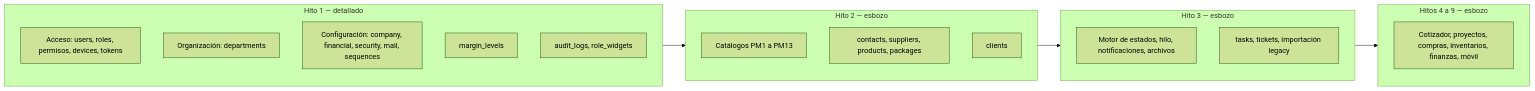
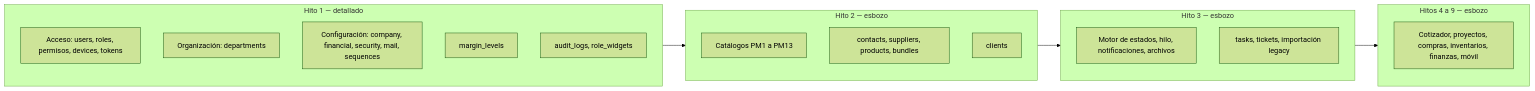
The diagram in docs/arquitectura/erd/README.md (rudypalacios/soltec), drawn with Mermaid (forest theme) before and after one commit. The commit also changed 1 other file, not shown here.

Commit message:
ERD: paquetes se llaman bundles, como fija el glosario
Claude-Session: https://claude.ai/code/session_018r8ebiEPFF9aFsrgLovNZJ

````diff
--- a/docs/arquitectura/erd/README.md
+++ b/docs/arquitectura/erd/README.md
@@ -52,23 +52,23 @@
 ```mermaid
 flowchart LR
     subgraph H1[Hito 1 — detallado]
         A[Acceso: users, roles, permisos, devices, tokens]
         O[Organización: departments]
         C[Configuración: company, financial, security, mail, sequences]
         M[margin_levels]
         U[audit_logs, role_widgets]
     end
     subgraph H2[Hito 2 — esbozo]
         K[Catálogos PM1 a PM13]
-        P[contacts, suppliers, products, packages]
+        P[contacts, suppliers, products, bundles]
         L[clients]
     end
     subgraph H3[Hito 3 — esbozo]
         S[Motor de estados, hilo, notificaciones, archivos]
         T[tasks, tickets, importación legacy]
     end
     subgraph H49[Hitos 4 a 9 — esbozo]
         Q[Cotizador, proyectos, compras, inventarios, finanzas, móvil]
     end
     H1 --> H2 --> H3 --> H49
 ```
````
